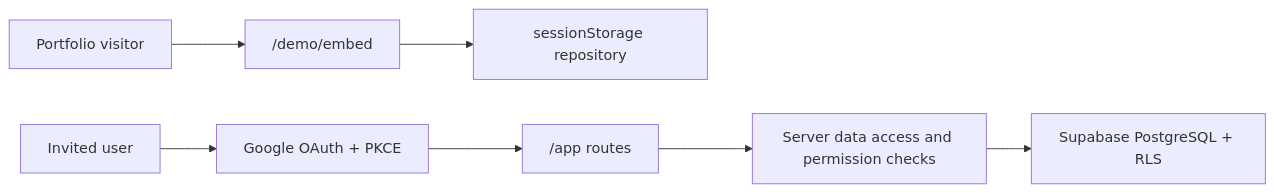
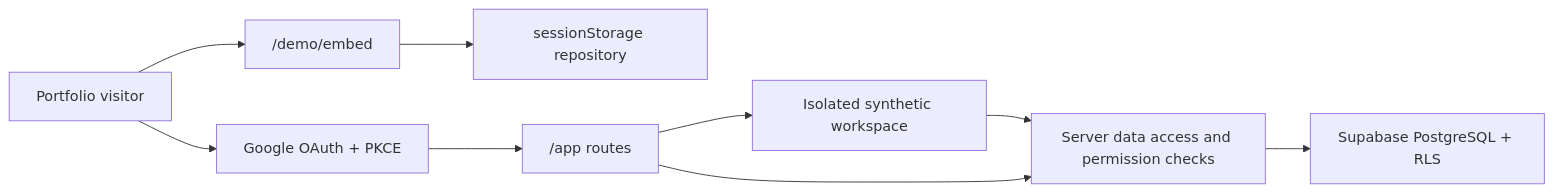
One commit to antoniojesusdelgado/management-platform-demo changed the diagram in docs/ARCHITECTURE.md. Above: the diagram before and after it, drawn with Mermaid. The commit also changed other lines of this file and 51 other files, not shown here.

````diff
--- a/docs/ARCHITECTURE.md
+++ b/docs/ARCHITECTURE.md
@@ -5,9 +5,11 @@
 ```mermaid
 flowchart LR
   Visitor["Portfolio visitor"] --> Embed["/demo/embed"]
   Embed --> Session["sessionStorage repository"]
-  Invited["Invited user"] --> OAuth["Google OAuth + PKCE"]
+  Visitor --> OAuth["Google OAuth + PKCE"]
   OAuth --> App["/app routes"]
+  App --> Provision["Isolated synthetic workspace"]
+  Provision --> DAL
   App --> DAL["Server data access and permission checks"]
   DAL --> RLS["Supabase PostgreSQL + RLS"]
 ```
````
